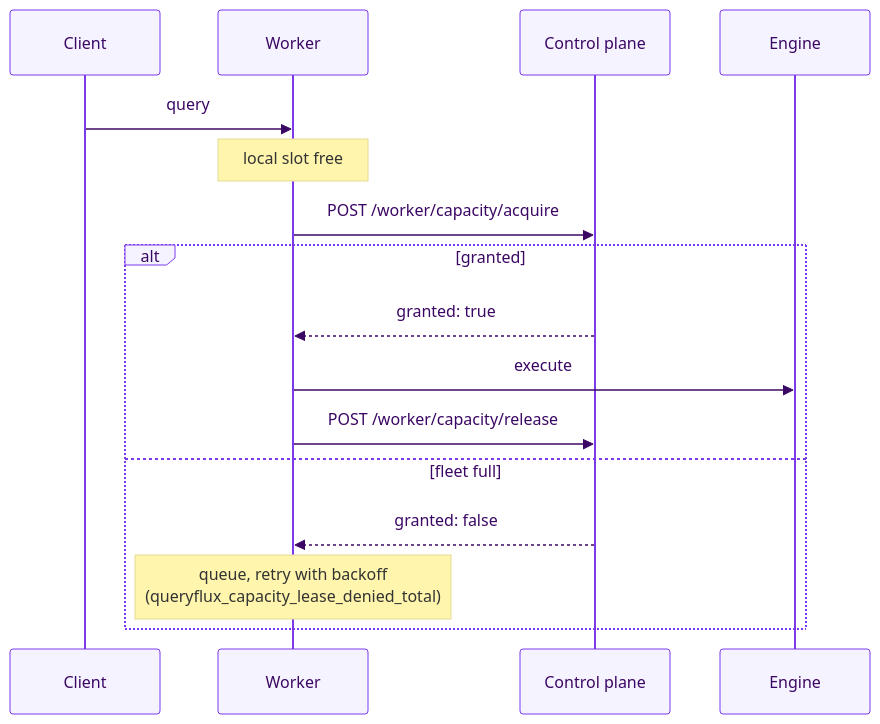
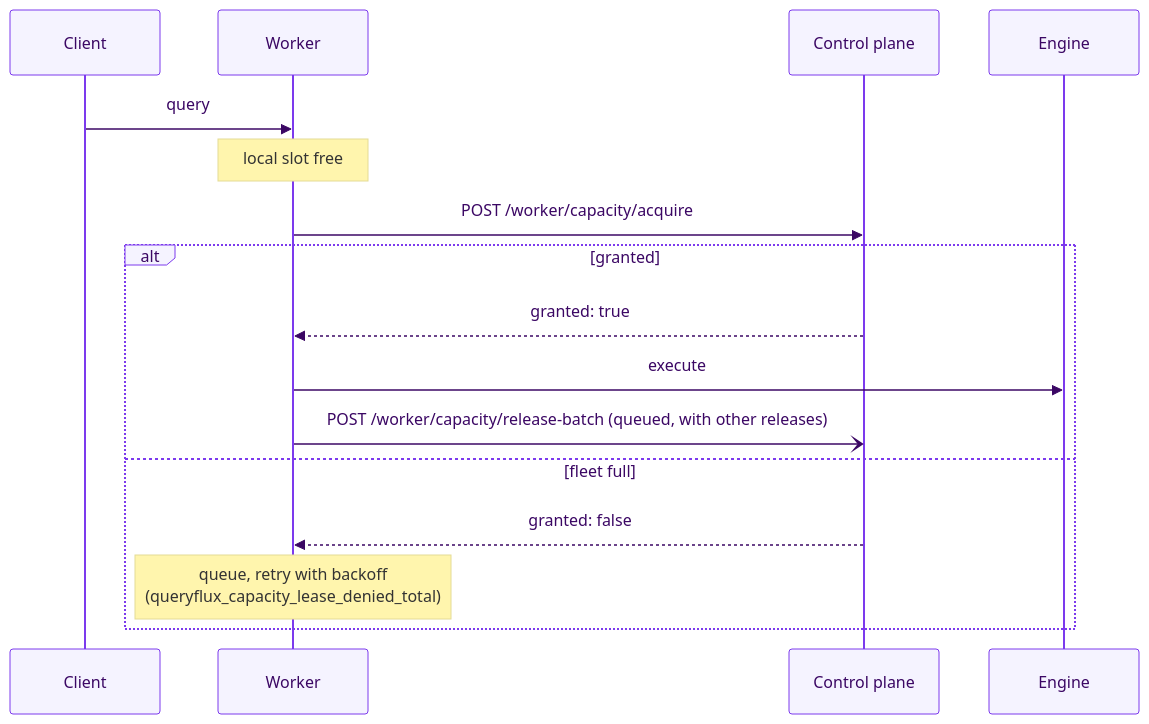
One commit to kxxu/queryflux changed the fourth of 5 diagrams in website/docs/architecture/worker-mode.md. Above: the diagram before and after it, drawn with Mermaid. The commit also changed other lines of this file and 16 other files, not shown here.

First line of the commit message:
feat(capacity): one-round-trip leases, batched releases and a larger coordination pool (#321)

````diff
--- a/website/docs/architecture/worker-mode.md
+++ b/website/docs/architecture/worker-mode.md
@@ -160,25 +160,25 @@
 ```mermaid
 %%{init: {'theme': 'base', 'themeVariables': {
   'primaryColor': '#f5f3ff',
   'primaryTextColor': '#3b0764',
   'primaryBorderColor': '#7c3aed',
   'lineColor': '#8b5cf6',
   'fontFamily': 'Manrope Variable, Manrope, system-ui, sans-serif'
 }}}%%
 sequenceDiagram
     participant C as Client
     participant W as Worker
     participant CP as Control plane
     participant E as Engine
     C->>W: query
     Note over W: local slot free
     W->>CP: POST /worker/capacity/acquire
     alt granted
         CP-->>W: granted: true
         W->>E: execute
-        W->>CP: POST /worker/capacity/release
+        W-)CP: POST /worker/capacity/release-batch (queued, with other releases)
     else fleet full
         CP-->>W: granted: false
         Note over W: queue, retry with backoff<br/>(queryflux_capacity_lease_denied_total)
     end
 ```
````
